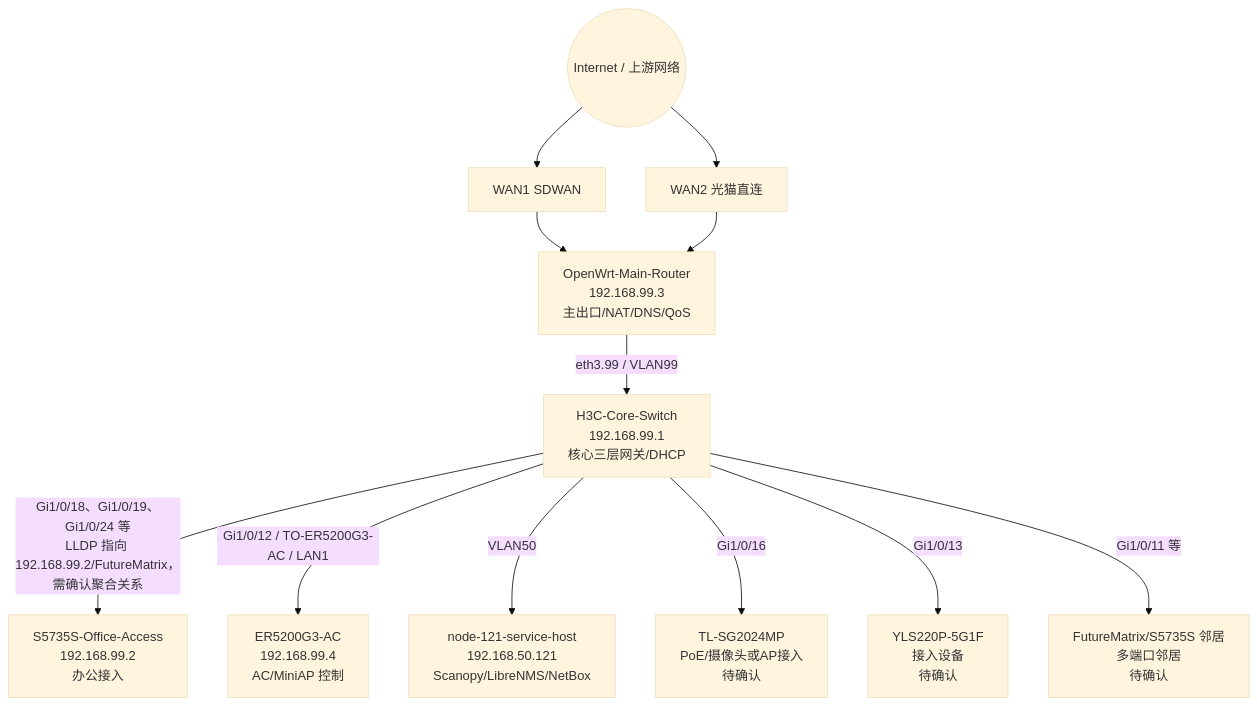
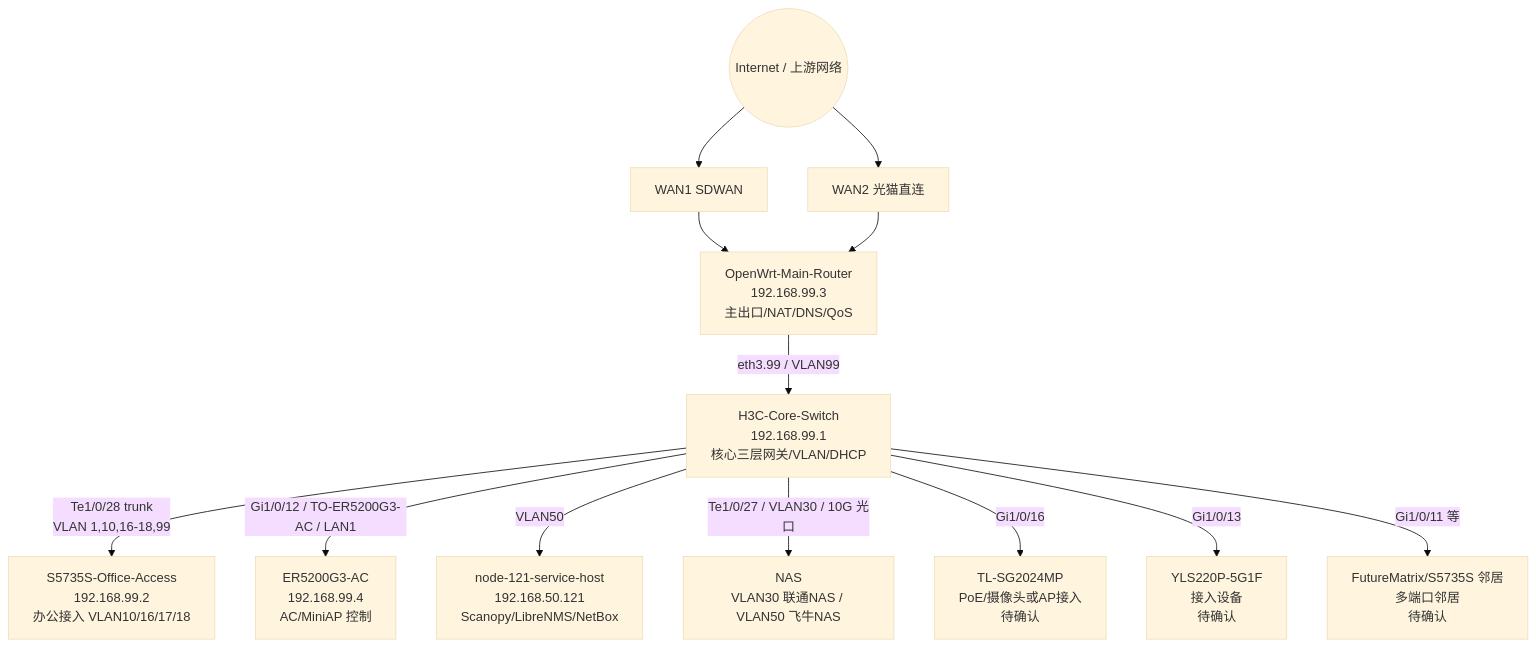
Before and after one commit to xinping7841/ops-skills-xinping: the diagram in codex-skills/shenlan-ops/references/shenlan-network-topology.md, drawn with Mermaid (base theme). The commit also changed other lines of this file and 3 other files, not shown here.

Commit message:
更新深澜拓扑 VLAN 与 NAS 信息

````diff
--- a/codex-skills/shenlan-ops/references/shenlan-network-topology.md
+++ b/codex-skills/shenlan-ops/references/shenlan-network-topology.md
@@ -35,24 +44,26 @@
 ```mermaid
 flowchart TB
   Internet((Internet / 上游网络))
   WAN1[WAN1 SDWAN]
   WAN2[WAN2 光猫直连]
   OpenWrt[OpenWrt-Main-Router<br/>192.168.99.3<br/>主出口/NAT/DNS/QoS]
-  H3C[H3C-Core-Switch<br/>192.168.99.1<br/>核心三层网关/DHCP]
-  S5735[S5735S-Office-Access<br/>192.168.99.2<br/>办公接入]
+  H3C[H3C-Core-Switch<br/>192.168.99.1<br/>核心三层网关/VLAN/DHCP]
+  S5735[S5735S-Office-Access<br/>192.168.99.2<br/>办公接入 VLAN10/16/17/18]
   ER[ER5200G3-AC<br/>192.168.99.4<br/>AC/MiniAP 控制]
   Node121[node-121-service-host<br/>192.168.50.121<br/>Scanopy/LibreNMS/NetBox]
+  NAS[NAS<br/>VLAN30 联通NAS / VLAN50 飞牛NAS]
   PoE[TL-SG2024MP<br/>PoE/摄像头或AP接入<br/>待确认]
   YLS[YLS220P-5G1F<br/>接入设备<br/>待确认]
   Future[FutureMatrix/S5735S 邻居<br/>多端口邻居<br/>待确认]
 
   Internet --> WAN1 --> OpenWrt
   Internet --> WAN2 --> OpenWrt
   OpenWrt -- eth3.99 / VLAN99 --> H3C
-  H3C -- Gi1/0/18、Gi1/0/19、Gi1/0/24 等<br/>LLDP 指向 192.168.99.2/FutureMatrix，需确认聚合关系 --> S5735
+  H3C -- Te1/0/28 trunk<br/>VLAN 1,10,16-18,99 --> S5735
   H3C -- Gi1/0/12 / TO-ER5200G3-AC / LAN1 --> ER
   H3C -- VLAN50 --> Node121
+  H3C -- Te1/0/27 / VLAN30 / 10G 光口 --> NAS
   H3C -- Gi1/0/16 --> PoE
   H3C -- Gi1/0/13 --> YLS
   H3C -- Gi1/0/11 等 --> Future
 ```
````
